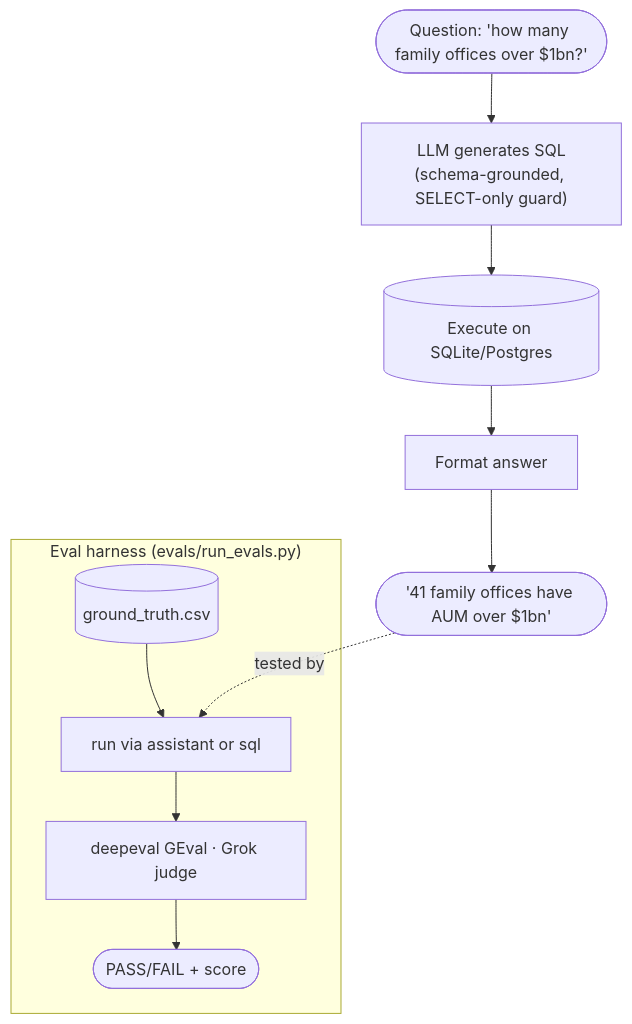
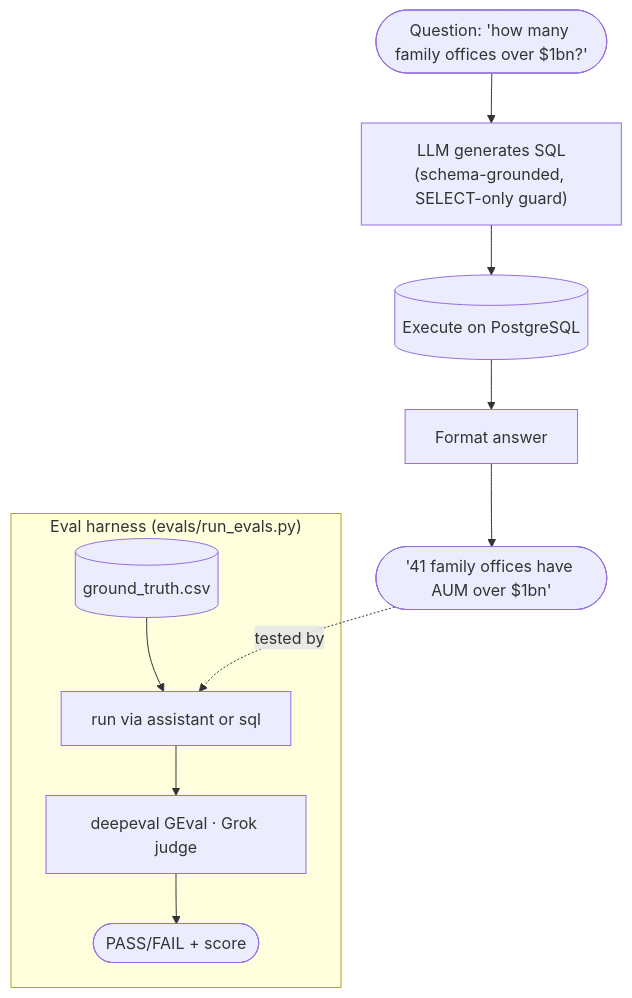
Before and after one commit to predictivelabsai/FastFund: the fourth of 7 diagrams in docs/technical_architecture.md, drawn with Mermaid. The commit also changed other lines of this file and 10 other files, not shown here.

First line of the commit message:
Standardise architecture on Azure Blob Storage + PostgreSQL

````diff
--- a/docs/technical_architecture.md
+++ b/docs/technical_architecture.md
@@ -125,16 +126,16 @@
 ```mermaid
 flowchart TB
     Q(["Question: 'how many family offices over $1bn?'"])
     Q --> GEN["LLM generates SQL<br/>(schema-grounded, SELECT-only guard)"]
-    GEN --> EXEC[("Execute on SQLite/Postgres")]
+    GEN --> EXEC[("Execute on PostgreSQL")]
     EXEC --> FMT["Format answer"]
     FMT --> A(["'41 family offices have AUM over $1bn'"])
 
     subgraph EVAL["Eval harness (evals/run_evals.py)"]
         GT[("ground_truth.csv")]
         RUN["run via assistant or sql"]
         JUDGE["deepeval GEval · Grok judge"]
         GT --> RUN --> JUDGE --> SCORE(["PASS/FAIL + score"])
     end
     A -. tested by .-> RUN
 ```
````
